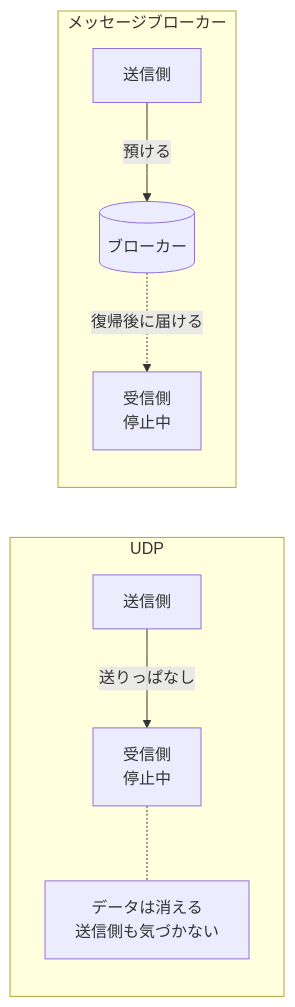
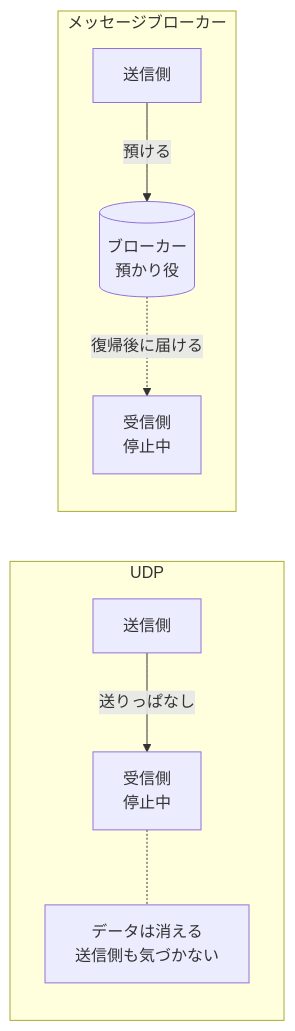
The fifth of 5 diagrams in chapters/02-async-alternatives.md (t-inoue0214/starter-web-async), drawn with Mermaid before and after one commit. The commit also changed other lines of this file and 96 other files, not shown here.

````diff
--- a/chapters/02-async-alternatives.md
+++ b/chapters/02-async-alternatives.md
@@ -580,11 +234,11 @@
 ```mermaid
 flowchart LR
     subgraph U["UDP"]
         S1[送信側] -->|"送りっぱなし"| R1[受信側<br>停止中]
         R1 -.- L1["データは消える<br>送信側も気づかない"]
     end
     subgraph B["メッセージブローカー"]
-        S2[送信側] -->|"預ける"| BR[(ブローカー)]
+        S2[送信側] -->|"預ける"| BR[(ブローカー<br>預かり役)]
         BR -.->|"復帰後に届ける"| R2[受信側<br>停止中]
     end
 ```
````
